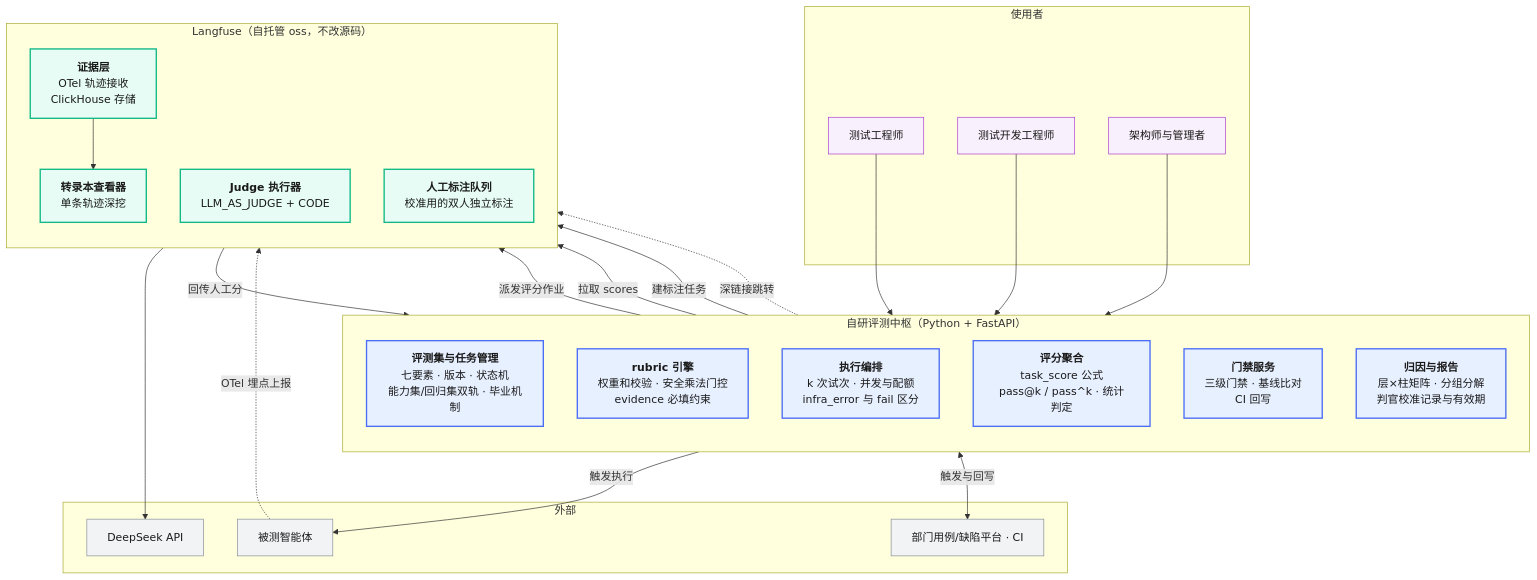
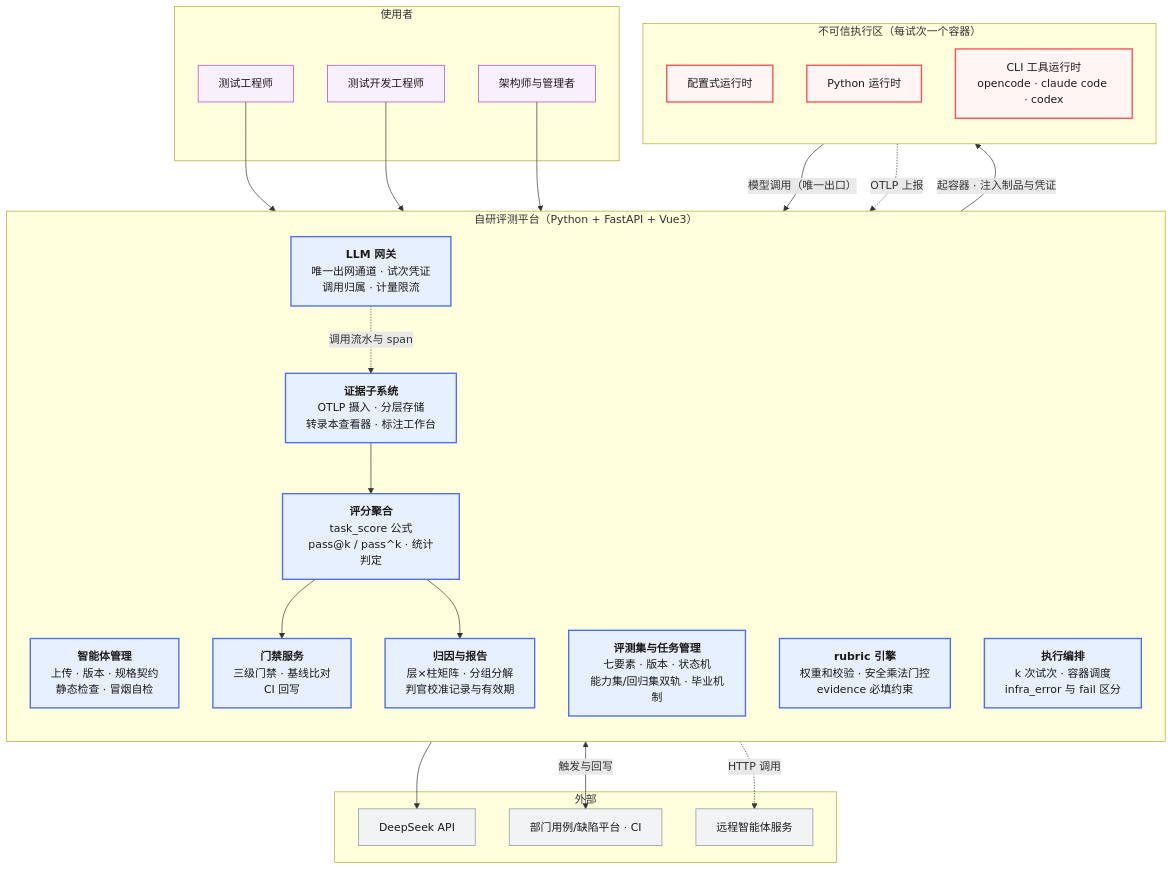
One commit to kuangaiyong/agent_evaluation changed the first of 4 diagrams in 平台PRD/智能体评测平台PRD.md. Above: the diagram before and after it, drawn with Mermaid. The commit also changed other lines of this file and 3 other files, not shown here.

````diff
--- a/平台PRD/智能体评测平台PRD.md
+++ b/平台PRD/智能体评测平台PRD.md
@@ -154,56 +167,58 @@
 ```mermaid
 flowchart TB
     subgraph USER["使用者"]
         U1["测试工程师"]
         U2["测试开发工程师"]
         U3["架构师与管理者"]
     end
 
-    subgraph HUB["自研评测中枢（Python + FastAPI）"]
+    subgraph HUB["自研评测平台（Python + FastAPI + Vue3）"]
         direction TB
+        H0["<b>智能体管理</b><br/>上传 · 版本 · 规格契约<br/>静态检查 · 冒烟自检"]
         H1["<b>评测集与任务管理</b><br/>七要素 · 版本 · 状态机<br/>能力集/回归集双轨 · 毕业机制"]
         H2["<b>rubric 引擎</b><br/>权重和校验 · 安全乘法门控<br/>evidence 必填约束"]
-        H3["<b>执行编排</b><br/>k 次试次 · 并发与配额<br/>infra_error 与 fail 区分"]
+        H3["<b>执行编排</b><br/>k 次试次 · 容器调度<br/>infra_error 与 fail 区分"]
         H4["<b>评分聚合</b><br/>task_score 公式<br/>pass@k / pass^k · 统计判定"]
         H5["<b>门禁服务</b><br/>三级门禁 · 基线比对<br/>CI 回写"]
         H6["<b>归因与报告</b><br/>层×柱矩阵 · 分组分解<br/>判官校准记录与有效期"]
+        H7["<b>证据子系统</b><br/>OTLP 摄入 · 分层存储<br/>转录本查看器 · 标注工作台"]
+        H8["<b>LLM 网关</b><br/>唯一出网通道 · 试次凭证<br/>调用归属 · 计量限流"]
     end
 
-    subgraph LF["Langfuse（自托管 oss，不改源码）"]
+    subgraph UNTRUST["不可信执行区（每试次一个容器）"]
         direction TB
-        L1["<b>证据层</b><br/>OTel 轨迹接收<br/>ClickHouse 存储"]
-        L2["<b>转录本查看器</b><br/>单条轨迹深挖"]
-        L3["<b>Judge 执行器</b><br/>LLM_AS_JUDGE + CODE"]
-        L4["<b>人工标注队列</b><br/>校准用的双人独立标注"]
+        Z1["配置式运行时"]
+        Z2["Python 运行时"]
+        Z3["CLI 工具运行时<br/>opencode · claude code · codex"]
     end
 
     subgraph EXT["外部"]
-        X1["被测智能体"]
         X2["DeepSeek API"]
         X3["部门用例/缺陷平台 · CI"]
+        X4["远程智能体服务"]
     end
 
     U1 --> H1
-    U2 --> H2
+    U2 --> H0
     U3 --> H6
 
-    H3 -->|"触发执行"| X1
-    X1 -.->|"OTel 埋点上报"| L1
-    H3 -->|"派发评分作业"| L3
-    L3 --> X2
-    L1 --> L2
-    H4 -->|"拉取 scores"| L3
-    H6 -->|"建标注任务"| L4
-    L4 -->|"回传人工分"| H6
+    H3 -->|"起容器 · 注入制品与凭证"| UNTRUST
+    UNTRUST -->|"模型调用（唯一出口）"| H8
+    H8 --> X2
+    UNTRUST -.->|"OTLP 上报"| H7
+    H8 -.->|"调用流水与 span"| H7
+    H7 --> H4
+    H4 --> H5
+    H4 --> H6
+    H3 -.->|"HTTP 调用"| X4
     H5 <-->|"触发与回写"| X3
-    H6 -.->|"深链接跳转"| L2
 
     classDef hub fill:#E7F0FF,stroke:#4C6EF5,stroke-width:2px,color:#1A1A1A
-    classDef lf fill:#E6FCF5,stroke:#12B886,stroke-width:2px,color:#1A1A1A
+    classDef un fill:#FFF5F5,stroke:#FA5252,stroke-width:2px,color:#1A1A1A
     classDef ext fill:#F1F3F5,stroke:#868E96,color:#1A1A1A
     classDef user fill:#F8F0FC,stroke:#AE3EC9,color:#1A1A1A
-    class H1,H2,H3,H4,H5,H6 hub
-    class L1,L2,L3,L4 lf
-    class X1,X2,X3 ext
+    class H0,H1,H2,H3,H4,H5,H6,H7,H8 hub
+    class Z1,Z2,Z3 un
+    class X2,X3,X4 ext
     class U1,U2,U3 user
 ```
````
